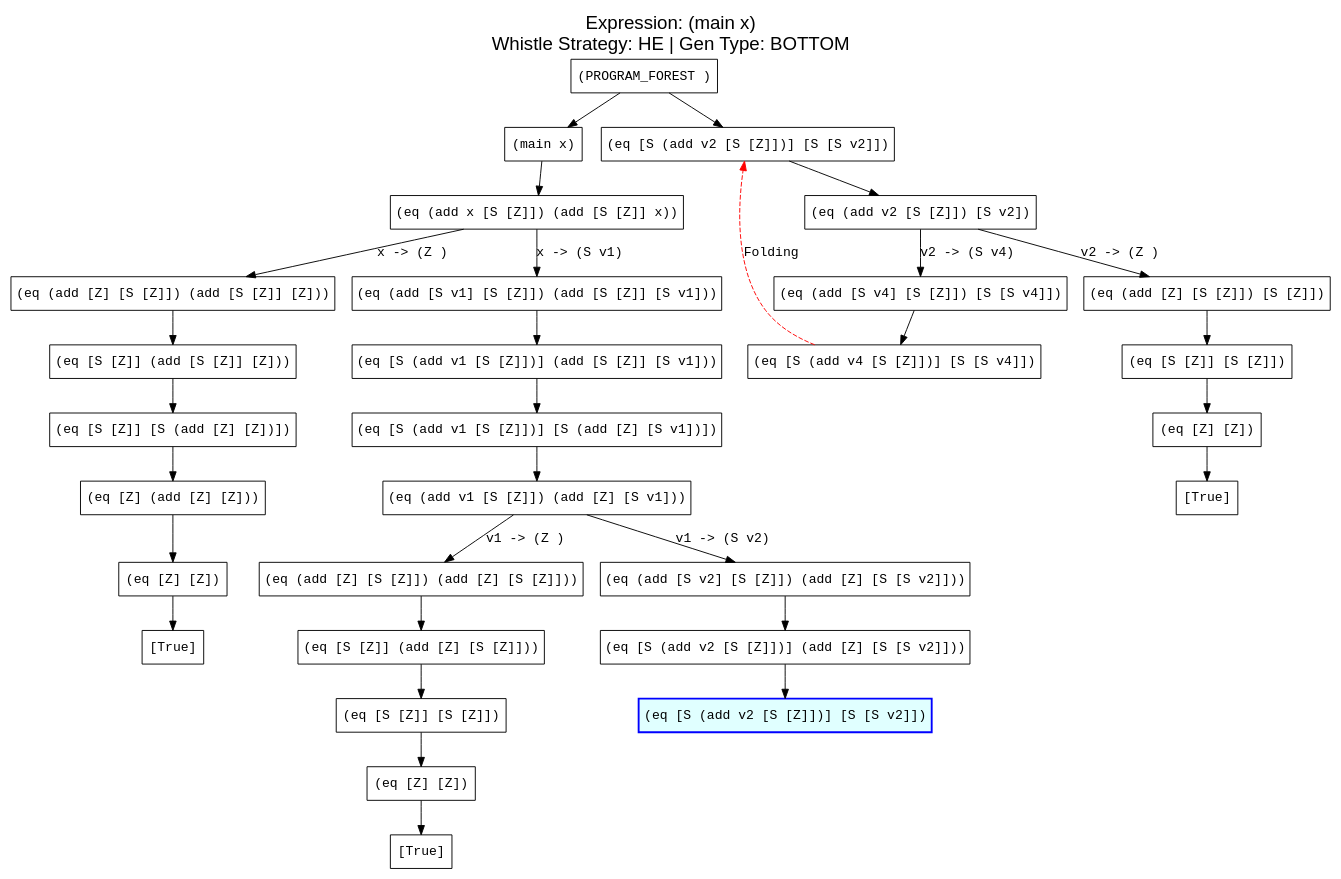
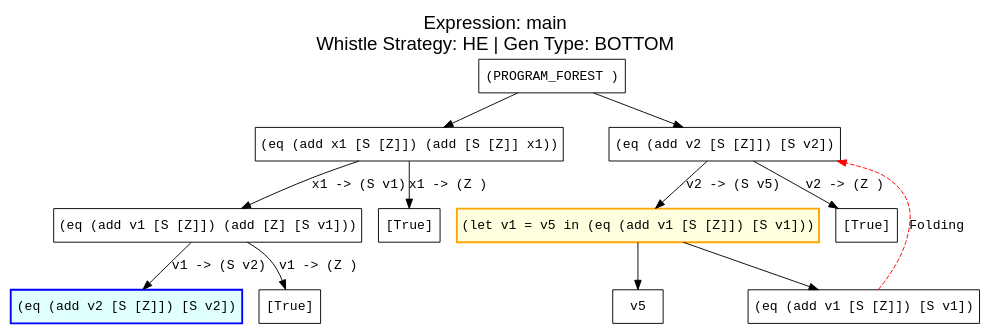
Before and after one commit to makezh/coursework_supercompiler: the diagram in output/commute/he_bottom.dot, drawn with Graphviz. The commit also changed 38 other files, not shown here.

```diff
--- a/output/commute/he_bottom.dot
+++ b/output/commute/he_bottom.dot
@@ -1,67 +1,31 @@
 digraph ProcessTree {
-  label="Expression: (main x)\nWhistle Strategy: HE | Gen Type: BOTTOM";
+  label="Expression: main\nWhistle Strategy: HE | Gen Type: BOTTOM";
   labelloc="t";
   fontsize=20;
   fontname="Arial";
 
     node [fontname="Courier New"];
     edge [fontname="Courier New"];
     n0 [label="(PROGRAM_FOREST )", shape=box];
     n0 -> n1 [label=""];
     n0 -> n2 [label=""];
-    n1 [label="(main x)", shape=box];
-    n1 -> n3 [label=""];
-    n2 [label="(eq [S (add v2 [S [Z]])] [S [S v2]])", shape=box];
-    n2 -> n4 [label=""];
-    n3 [label="(eq (add x [S [Z]]) (add [S [Z]] x))", shape=box];
-    n3 -> n5 [label="x -> (S v1)"];
-    n3 -> n6 [label="x -> (Z )"];
-    n4 [label="(eq (add v2 [S [Z]]) [S v2])", shape=box];
-    n4 -> n7 [label="v2 -> (S v4)"];
-    n4 -> n8 [label="v2 -> (Z )"];
-    n5 [label="(eq (add [S v1] [S [Z]]) (add [S [Z]] [S v1]))", shape=box];
+    n1 [label="(eq (add x1 [S [Z]]) (add [S [Z]] x1))", shape=box];
+    n1 -> n3 [label="x1 -> (S v1)"];
+    n1 -> n4 [label="x1 -> (Z )"];
+    n2 [label="(eq (add v2 [S [Z]]) [S v2])", shape=box];
+    n2 -> n5 [label="v2 -> (S v5)"];
+    n2 -> n6 [label="v2 -> (Z )"];
+    n3 [label="(eq (add v1 [S [Z]]) (add [Z] [S v1]))", shape=box];
+    n3 -> n7 [label="v1 -> (S v2)"];
+    n3 -> n8 [label="v1 -> (Z )"];
+    n4 [label="[True]", shape=box];
+    n5 [label="(let v1 = v5 in (eq (add v1 [S [Z]]) [S v1]))", shape=box, style="filled", fillcolor="lightyellow", color="orange", penwidth=2.0];
     n5 -> n9 [label=""];
-    n6 [label="(eq (add [Z] [S [Z]]) (add [S [Z]] [Z]))", shape=box];
-    n6 -> n10 [label=""];
-    n7 [label="(eq (add [S v4] [S [Z]]) [S [S v4]])", shape=box];
-    n7 -> n11 [label=""];
-    n8 [label="(eq (add [Z] [S [Z]]) [S [Z]])", shape=box];
-    n8 -> n12 [label=""];
-    n9 [label="(eq [S (add v1 [S [Z]])] (add [S [Z]] [S v1]))", shape=box];
-    n9 -> n13 [label=""];
-    n10 [label="(eq [S [Z]] (add [S [Z]] [Z]))", shape=box];
-    n10 -> n14 [label=""];
-    n11 [label="(eq [S (add v4 [S [Z]])] [S [S v4]])", shape=box];
-    n11 -> n2 [style=dashed, color=red, label="Folding"];
-    n12 [label="(eq [S [Z]] [S [Z]])", shape=box];
-    n12 -> n15 [label=""];
-    n13 [label="(eq [S (add v1 [S [Z]])] [S (add [Z] [S v1])])", shape=box];
-    n13 -> n16 [label=""];
-    n14 [label="(eq [S [Z]] [S (add [Z] [Z])])", shape=box];
-    n14 -> n17 [label=""];
-    n15 [label="(eq [Z] [Z])", shape=box];
-    n15 -> n18 [label=""];
-    n16 [label="(eq (add v1 [S [Z]]) (add [Z] [S v1]))", shape=box];
-    n16 -> n19 [label="v1 -> (S v2)"];
-    n16 -> n20 [label="v1 -> (Z )"];
-    n17 [label="(eq [Z] (add [Z] [Z]))", shape=box];
-    n17 -> n21 [label=""];
-    n18 [label="[True]", shape=box];
-    n19 [label="(eq (add [S v2] [S [Z]]) (add [Z] [S [S v2]]))", shape=box];
-    n19 -> n22 [label=""];
-    n20 [label="(eq (add [Z] [S [Z]]) (add [Z] [S [Z]]))", shape=box];
-    n20 -> n23 [label=""];
-    n21 [label="(eq [Z] [Z])", shape=box];
-    n21 -> n24 [label=""];
-    n22 [label="(eq [S (add v2 [S [Z]])] (add [Z] [S [S v2]]))", shape=box];
-    n22 -> n25 [label=""];
-    n23 [label="(eq [S [Z]] (add [Z] [S [Z]]))", shape=box];
-    n23 -> n26 [label=""];
-    n24 [label="[True]", shape=box];
-    n25 [label="(eq [S (add v2 [S [Z]])] [S [S v2]])", shape=box, style="filled", fillcolor="lightcyan", color="blue", penwidth=2.0];
-    n26 [label="(eq [S [Z]] [S [Z]])", shape=box];
-    n26 -> n27 [label=""];
-    n27 [label="(eq [Z] [Z])", shape=box];
-    n27 -> n28 [label=""];
-    n28 [label="[True]", shape=box];
+    n5 -> n10 [label=""];
+    n6 [label="[True]", shape=box];
+    n7 [label="(eq (add v2 [S [Z]]) [S v2])", shape=box, style="filled", fillcolor="lightcyan", color="blue", penwidth=2.0];
+    n8 [label="[True]", shape=box];
+    n9 [label="v5", shape=box];
+    n10 [label="(eq (add v1 [S [Z]]) [S v1])", shape=box];
+    n10 -> n2 [style=dashed, color=red, label="Folding"];
 }
```
